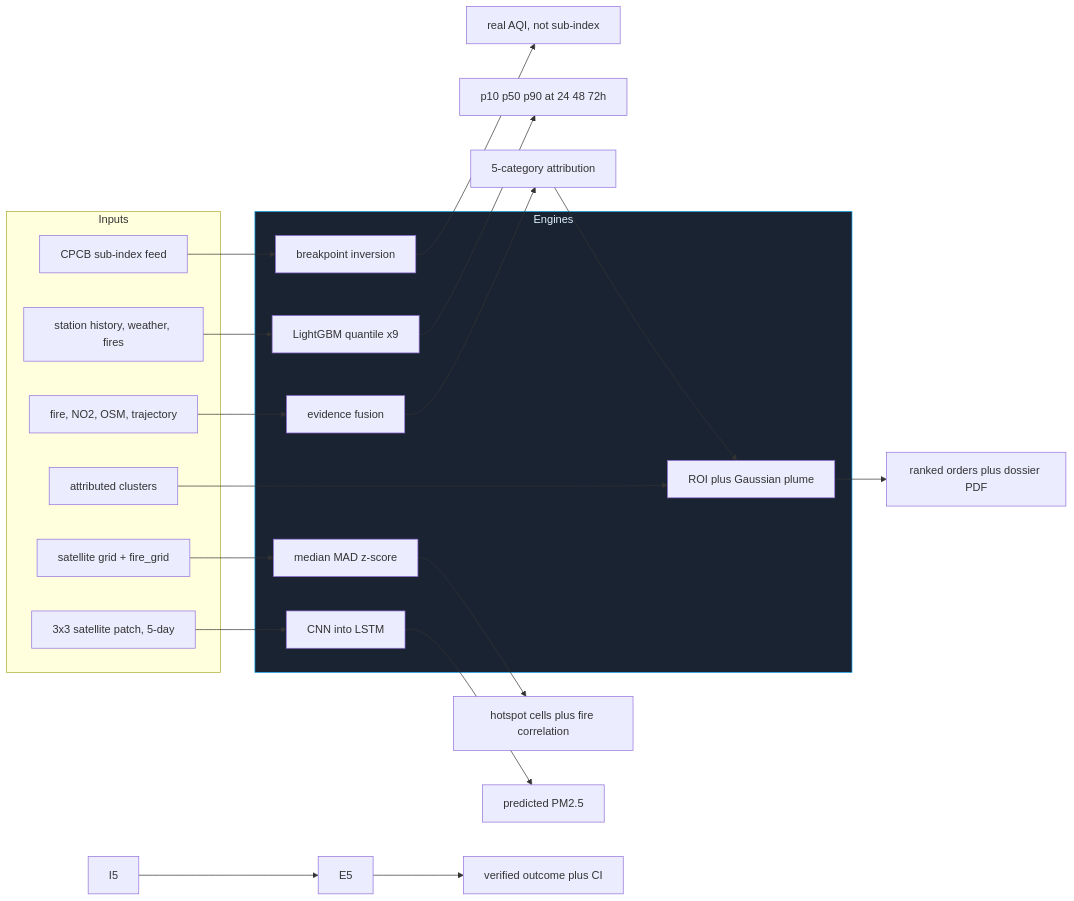
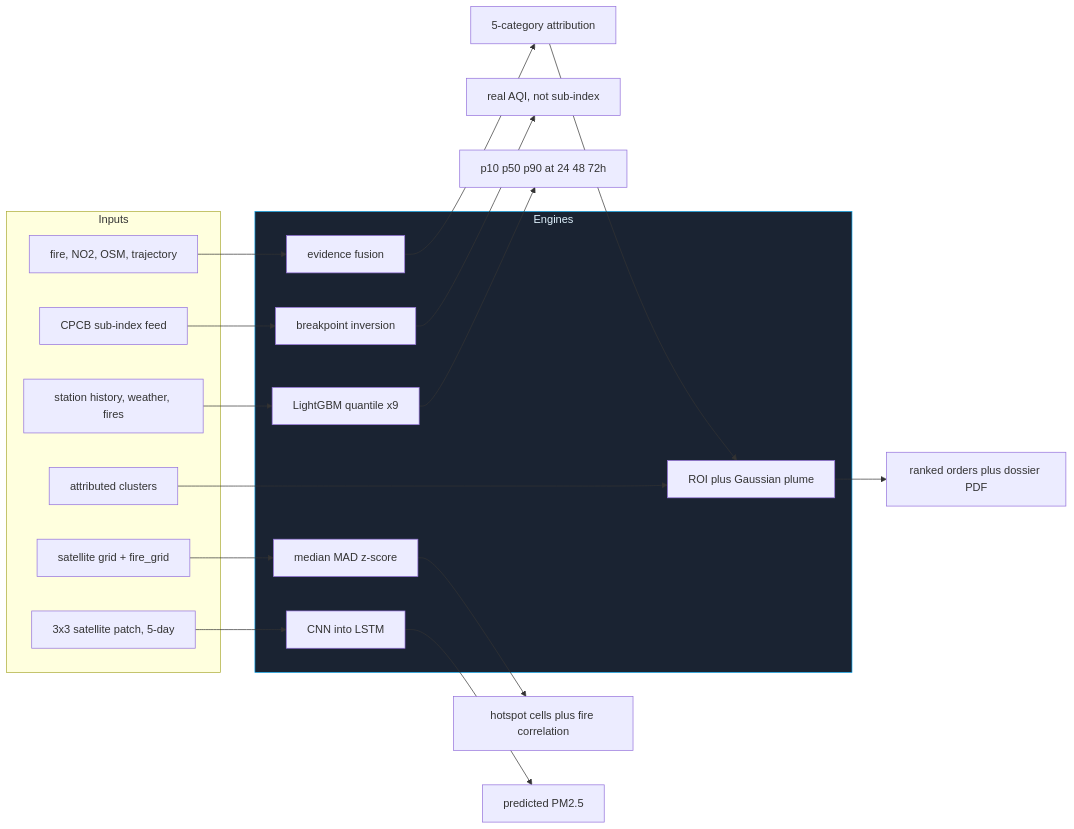
One commit to ashoka0402/final_year_project changed the third of 4 diagrams in README.md. Above: the diagram before and after it, drawn with Mermaid. The commit also changed other lines of this file, not shown here.

````diff
--- a/README.md
+++ b/README.md
@@ -242,29 +242,28 @@
 ```mermaid
 flowchart LR
     subgraph inputs["Inputs"]
         I1["CPCB sub-index feed"]
         I2["station history, weather, fires"]
         I3["fire, NO2, OSM, trajectory"]
         I4["attributed clusters"]
         I6["satellite grid + fire_grid"]
         I7["3x3 satellite patch, 5-day"]
     end
     subgraph engines["Engines"]
         E1["breakpoint inversion"]
         E2["LightGBM quantile x9"]
         E3["evidence fusion"]
         E4["ROI plus Gaussian plume"]
         E6["median MAD z-score"]
         E7["CNN into LSTM"]
     end
     I1 --> E1 --> O1["real AQI, not sub-index"]
     I2 --> E2 --> O2["p10 p50 p90 at 24 48 72h"]
     I3 --> E3 --> O3["5-category attribution"]
     O3 --> E4
     I4 --> E4 --> O4["ranked orders plus dossier PDF"]
-    I5 --> E5 --> O5["verified outcome plus CI"]
     I6 --> E6 --> O6["hotspot cells plus fire correlation"]
     I7 --> E7 --> O7["predicted PM2.5"]
 
     style engines fill:#1a2332,stroke:#0ea5e9,color:#e0f2fe
 ```
````
